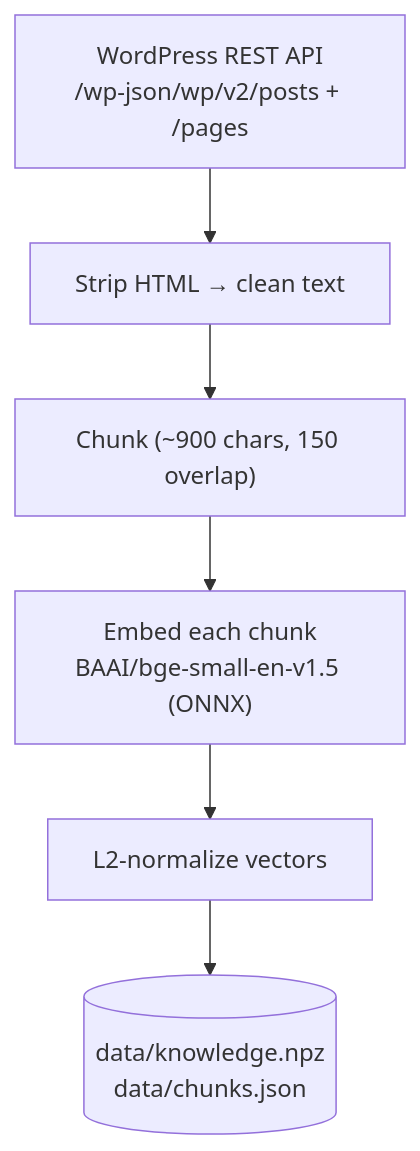
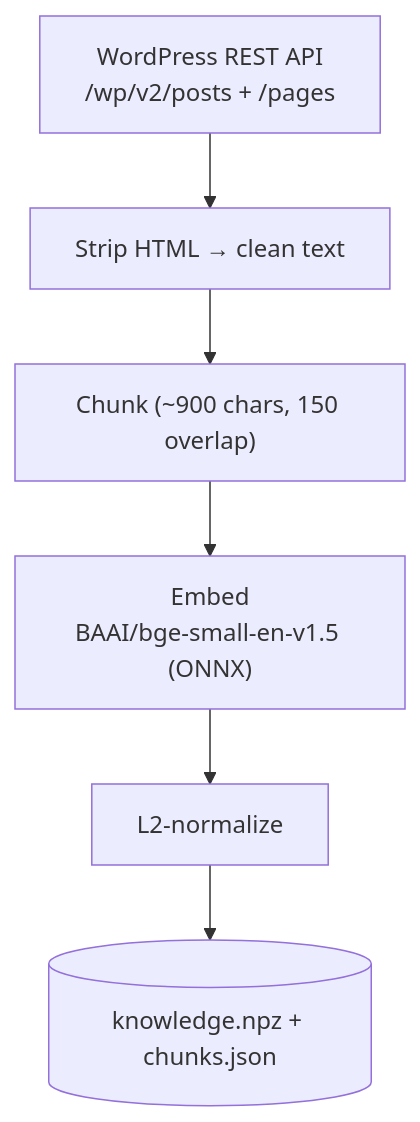
The third of 3 diagrams in ARCHITECTURE.md (impranayk/drjhagpt-ent), drawn with Mermaid before and after one commit. The commit also changed other lines of this file and 1 other file, not shown here.

Commit message:
Update README + ARCHITECTURE for Phase 1 (hybrid retrieval, reranking, eval)

````diff
--- a/ARCHITECTURE.md
+++ b/ARCHITECTURE.md
@@ -80,8 +125,8 @@
 ```mermaid
 flowchart TD
-    A["WordPress REST API<br/>/wp-json/wp/v2/posts + /pages"] --> B["Strip HTML → clean text"]
+    A["WordPress REST API<br/>/wp/v2/posts + /pages"] --> B["Strip HTML → clean text"]
     B --> C["Chunk (~900 chars, 150 overlap)"]
-    C --> D["Embed each chunk<br/>BAAI/bge-small-en-v1.5 (ONNX)"]
-    D --> E["L2-normalize vectors"]
-    E --> F[("data/knowledge.npz<br/>data/chunks.json")]
+    C --> D["Embed<br/>BAAI/bge-small-en-v1.5 (ONNX)"]
+    D --> E["L2-normalize"]
+    E --> F[("knowledge.npz + chunks.json")]
 ```
````
